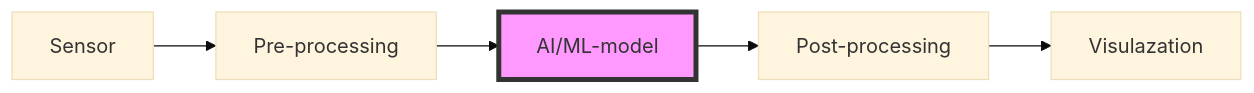
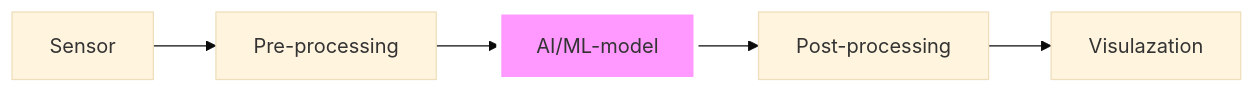
The diagram in README.md (OAAX-standard/OAAX), drawn with Mermaid (base theme) before and after one commit. The commit also changed other lines of this file, not shown here.

````diff
--- a/README.md
+++ b/README.md
@@ -59,13 +60,13 @@
 ```mermaid
 flowchart LR;
     A[Sensor];
     B[Pre-processing];
     C[AI/ML-model];
-    style C fill:#f9f,stroke:#333,stroke-width:4px
+    style C fill:#f9f,stroke:#FFF,stroke-width:4px
     D[Post-processing];
     E[Visulazation];
     A-->B
     B-->C;
     C-->D;
     D-->E;
 ```
````
